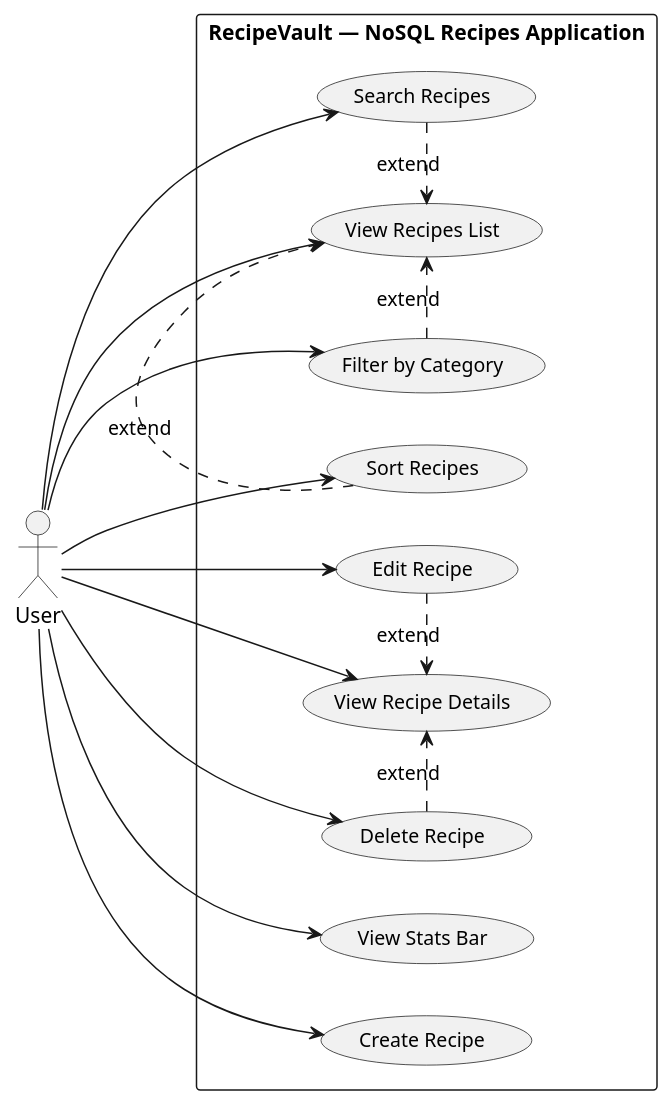
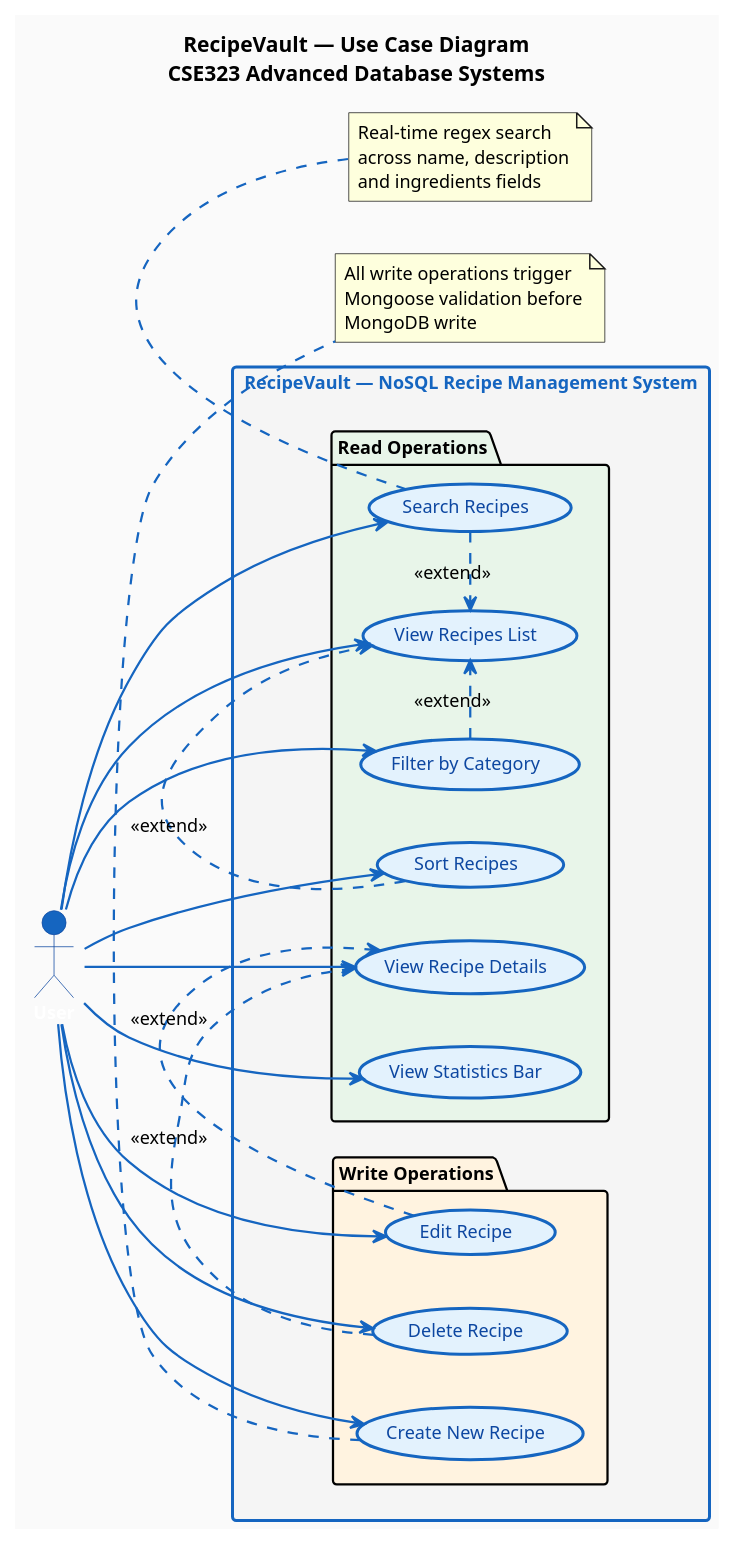
The first of 8 diagrams in DOCUMENTATION.md (ArwaMohey/ADB-Project), drawn with PlantUML before and after one commit. The commit also changed other lines of this file and 1 other file, not shown here.

First line of the commit message:
Add PRESENTATION.md, enhance DOCUMENTATION.md, and upgrade all PlantUML diagrams to professional color themes

````diff
--- a/DOCUMENTATION.md
+++ b/DOCUMENTATION.md
@@ -93,25 +99,58 @@
 ```plantuml
 @startuml RecipeVault_UseCaseDiagram
-skinparam monochrome true
-left to right direction
-skinparam packageStyle rectangle
-skinparam usecase {
-  FontSize 13
+
+title RecipeVault — Use Case Diagram\nCSE323 Advanced Database Systems
+
+skinparam backgroundColor #FAFAFA
+skinparam defaultFontName Arial
+skinparam defaultFontSize 12
+
+skinparam actor {
+  BackgroundColor #1565C0
+  BorderColor     #0D47A1
+  FontColor       #FFFFFF
+  FontStyle       bold
 }
 
-actor User
+skinparam usecase {
+  BackgroundColor #E3F2FD
+  BorderColor     #1565C0
+  FontColor       #0D47A1
+  FontSize        12
+  BorderThickness 2
+}
 
-rectangle "RecipeVault — NoSQL Recipes Application" {
+skinparam rectangle {
+  BackgroundColor #F5F5F5
+  BorderColor     #1565C0
+  BorderThickness 2
+  FontColor       #1565C0
+  FontStyle       bold
+}
 
-  usecase "View Recipes List"    as UC1
-  usecase "View Recipe Details"  as UC2
-  usecase "Search Recipes"       as UC3
-  usecase "Filter by Category"   as UC4
-  usecase "Sort Recipes"         as UC5
-  usecase "View Stats Bar"       as UC6
-  usecase "Create Recipe"        as UC7
-  usecase "Edit Recipe"          as UC8
-  usecase "Delete Recipe"        as UC9
+skinparam ArrowColor #1565C0
+skinparam ArrowThickness 1.5
+
+left to right direction
+
+actor "  User  " as User
+
+rectangle "RecipeVault — NoSQL Recipe Management System" {
+
+  package "Read Operations" #E8F5E9 {
+    usecase "View Recipes List"   as UC1
+    usecase "View Recipe Details" as UC2
+    usecase "Search Recipes"      as UC3
+    usecase "Filter by Category"  as UC4
+    usecase "Sort Recipes"        as UC5
+    usecase "View Statistics Bar" as UC6
+  }
+
+  package "Write Operations" #FFF3E0 {
+    usecase "Create New Recipe"   as UC7
+    usecase "Edit Recipe"         as UC8
+    usecase "Delete Recipe"       as UC9
+  }
 
 }
 
@@ -125,11 +164,23 @@
 User --> UC8
 User --> UC9
 
-UC3 .> UC1 : «extend»
-UC4 .> UC1 : «extend»
-UC5 .> UC1 : «extend»
-UC8 .> UC2 : «extend»
-UC9 .> UC2 : «extend»
+UC3 .> UC1 : <<extend>>
+UC4 .> UC1 : <<extend>>
+UC5 .> UC1 : <<extend>>
+UC8 .> UC2 : <<extend>>
+UC9 .> UC2 : <<extend>>
+
+note bottom of UC3
+  Real-time regex search
+  across name, description
+  and ingredients fields
+end note
+
+note bottom of UC7
+  All write operations trigger
+  Mongoose validation before
+  MongoDB write
+end note
 
 @enduml
 ```
````
